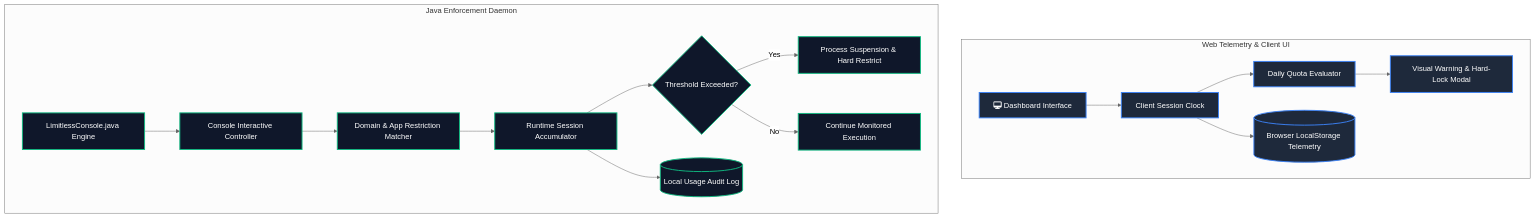
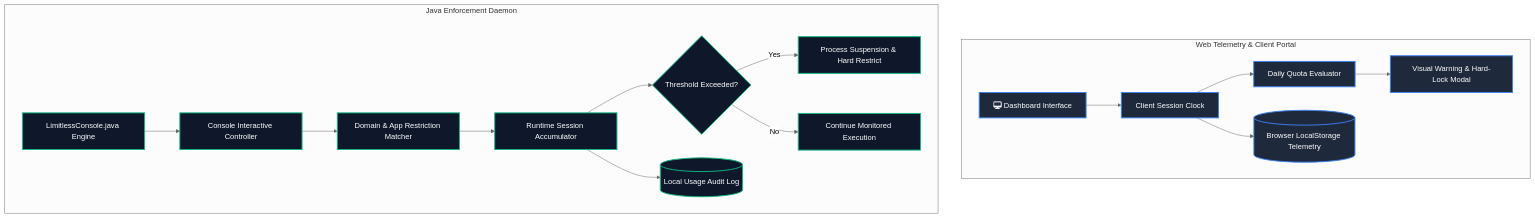
One commit to Harry-aura/MY-CORE-PROJECT changed the diagram in README.md. Above: the diagram before and after it, drawn with Mermaid (neutral theme). The commit also changed other lines of this file and 1 other file, not shown here.

````diff
--- a/README.md
+++ b/README.md
@@ -26,24 +27,24 @@
 ```mermaid
 flowchart TB
-    subgraph Web_Tier [Web Telemetry & Client UI]
+    subgraph Web_Tier [Web Telemetry & Client Portal]
         UI[fa:fa-desktop Dashboard Interface] --> Monitor[Client Session Clock]
         Monitor --> Quota[Daily Quota Evaluator]
         Quota --> AlertEngine[Visual Warning & Hard-Lock Modal]
         Monitor --> LocalStore[(Browser LocalStorage Telemetry)]
     end
 
     subgraph Core_Engine [Java Enforcement Daemon]
         Daemon[LimitlessConsole.java Engine] --> Input[Console Interactive Controller]
         Input --> RuleMatcher[Domain & App Restriction Matcher]
         RuleMatcher --> StateTracker[Runtime Session Accumulator]
         StateTracker --> ThresholdJudge{Threshold Exceeded?}
         ThresholdJudge -->|Yes| LockTrigger[Process Suspension & Hard Restrict]
         ThresholdJudge -->|No| Allow[Continue Monitored Execution]
         StateTracker --> AuditFile[(Local Usage Audit Log)]
     end
 
     classDef web fill:#1e293b,stroke:#3b82f6,stroke-width:2px,color:#fff;
     classDef engine fill:#0f172a,stroke:#10b981,stroke-width:2px,color:#fff;
     class UI,Monitor,Quota,AlertEngine,LocalStore web;
     class Daemon,Input,RuleMatcher,StateTracker,ThresholdJudge,LockTrigger,Allow,AuditFile engine;
 ```
````
